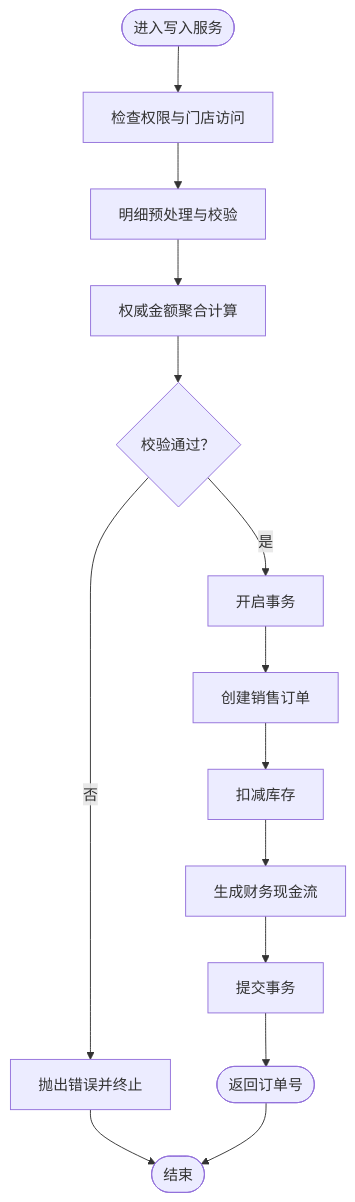
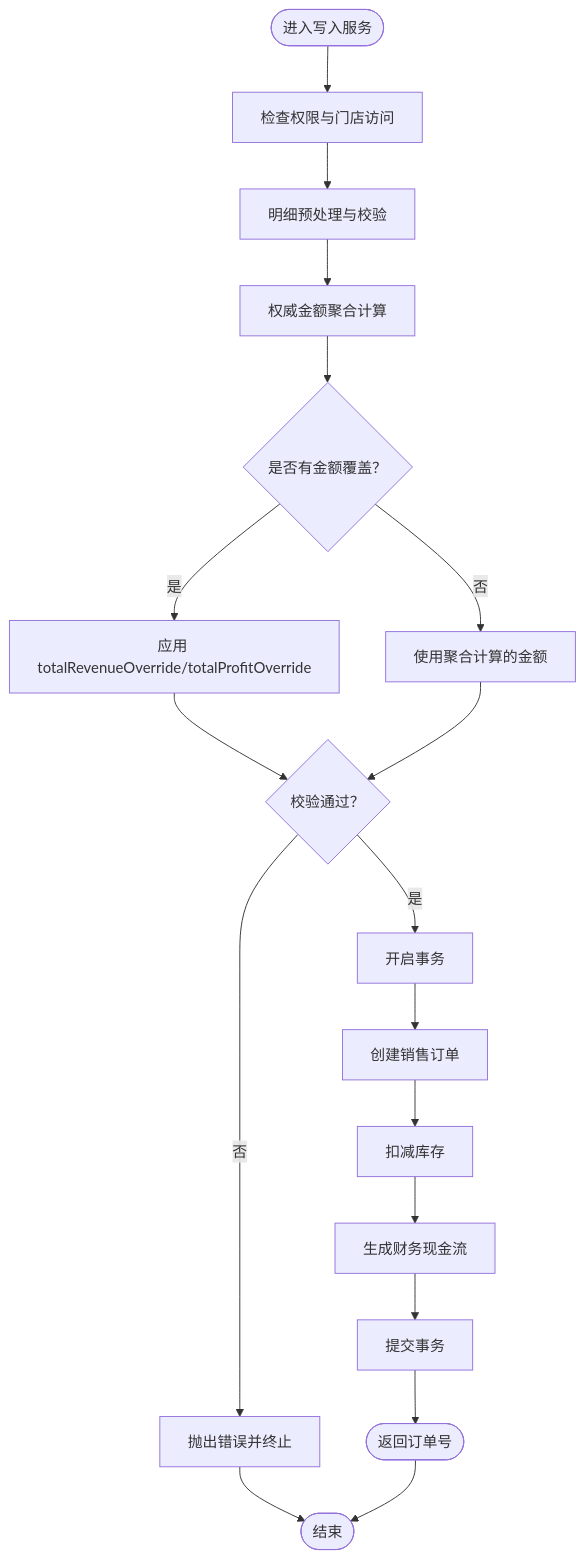
The third of 6 diagrams in .qoder/repowiki/zh/content/业务模块/运营管理模块/销售管理.md (rc558620/purelyprofit-server), drawn with Mermaid before and after one commit. The commit also changed other lines of this file and 16 other files, not shown here.

````diff
--- a/.qoder/repowiki/zh/content/业务模块/运营管理模块/销售管理.md
+++ b/.qoder/repowiki/zh/content/业务模块/运营管理模块/销售管理.md
@@ -218,16 +238,20 @@
 ```mermaid
 flowchart TD
 Start(["进入写入服务"]) --> CheckPerm["检查权限与门店访问"]
 CheckPerm --> Prepare["明细预处理与校验"]
 Prepare --> Amounts["权威金额聚合计算"]
-Amounts --> Valid{"校验通过？"}
+Amounts --> Override{"是否有金额覆盖？"}
+Override -- 是 --> ApplyOverride["应用 totalRevenueOverride/totalProfitOverride"]
+Override -- 否 --> UseCalculated["使用聚合计算的金额"]
+ApplyOverride --> Valid{"校验通过？"}
+UseCalculated --> Valid
 Valid -- 否 --> Abort["抛出错误并终止"]
 Valid -- 是 --> Txn["开启事务"]
 Txn --> CreateOrder["创建销售订单"]
 CreateOrder --> DeductInv["扣减库存"]
 DeductInv --> RecordCash["生成财务现金流"]
 RecordCash --> Commit["提交事务"]
 Commit --> Done(["返回订单号"])
 Abort --> End(["结束"])
 Done --> End
 ```
````
